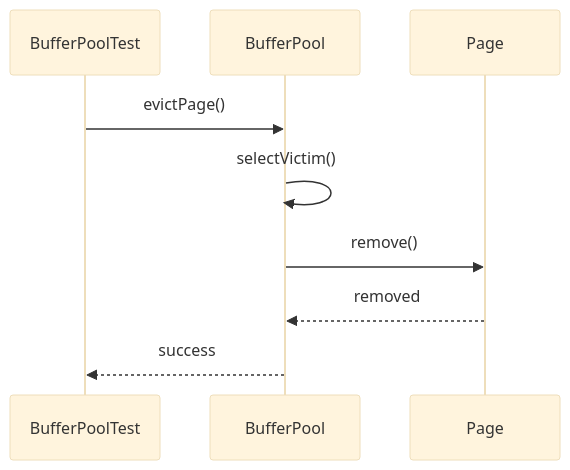
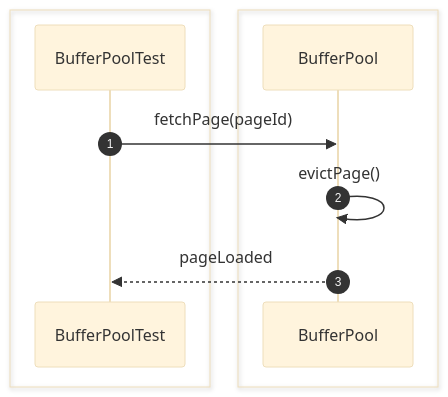
One commit to Huy1801214/dbms-architecture changed the eighth of 52 diagrams in src/sequence/storage-engine.md. Above: the diagram before and after it, drawn with Mermaid (base theme). The commit also changed other lines of this file and 10 other files, not shown here.

Commit message:
add comprehensive sequence diagrams and documentation for system architecture and unit testing specifications

````diff
--- a/src/sequence/storage-engine.md
+++ b/src/sequence/storage-engine.md
@@ -145,16 +133,15 @@
 ```mermaid
 sequenceDiagram
+    autonumber
+
+    box #e1f5fe Test Suite
     participant Test as BufferPoolTest
+    end
+    box #e0f2f1 Storage Components
     participant Buffer as BufferPool
-    participant Page
+    end
 
-    Test->>Buffer: evictPage()
-
-    Buffer->>Buffer: selectVictim()
-
-    Buffer->>Page: remove()
-
-    Page-->>Buffer: removed
-
-    Buffer-->>Test: success
+    Test->>Buffer: fetchPage(pageId)
+    Buffer->>Buffer: evictPage()
+    Buffer-->>Test: pageLoaded
 ```
````
